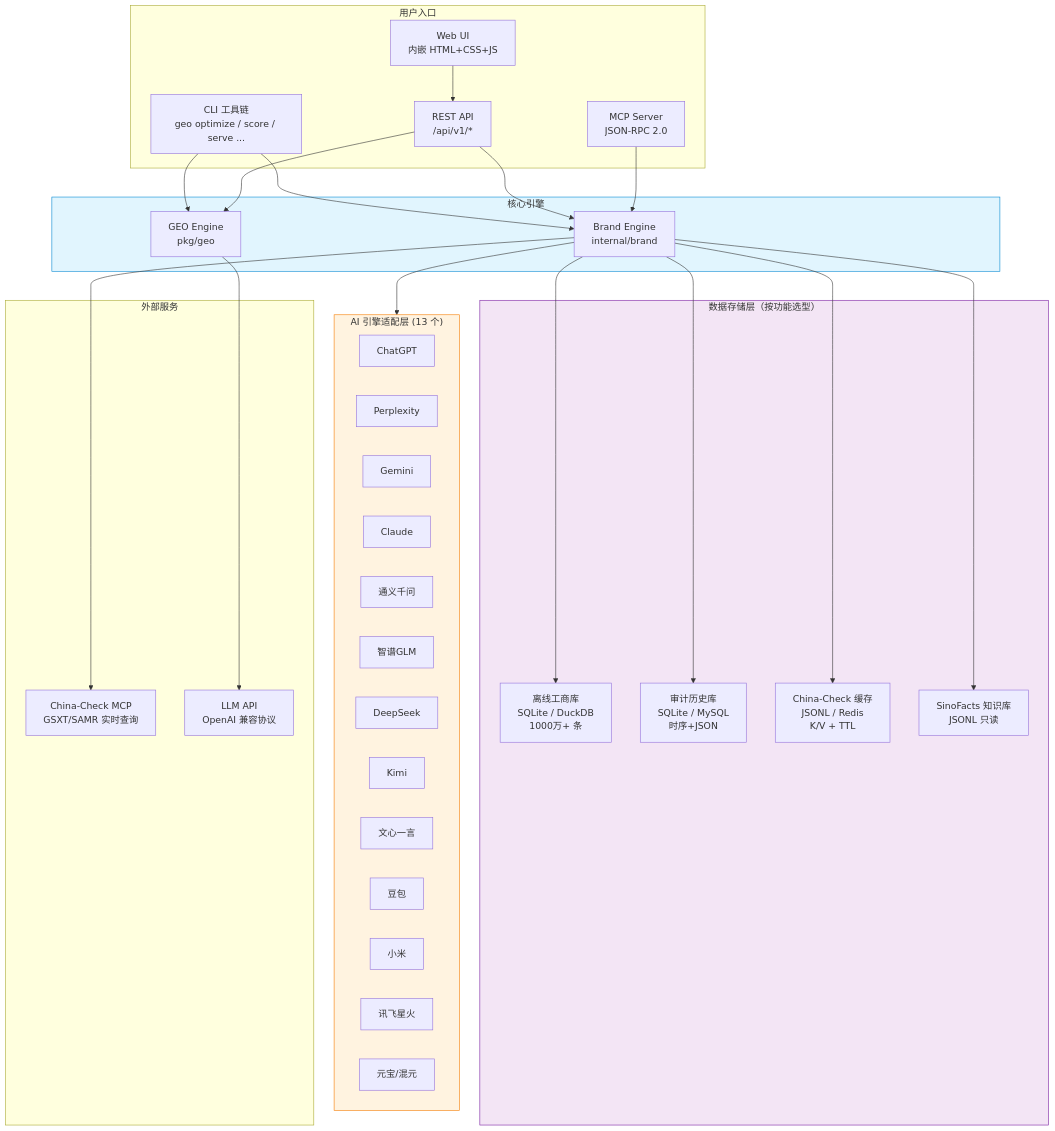
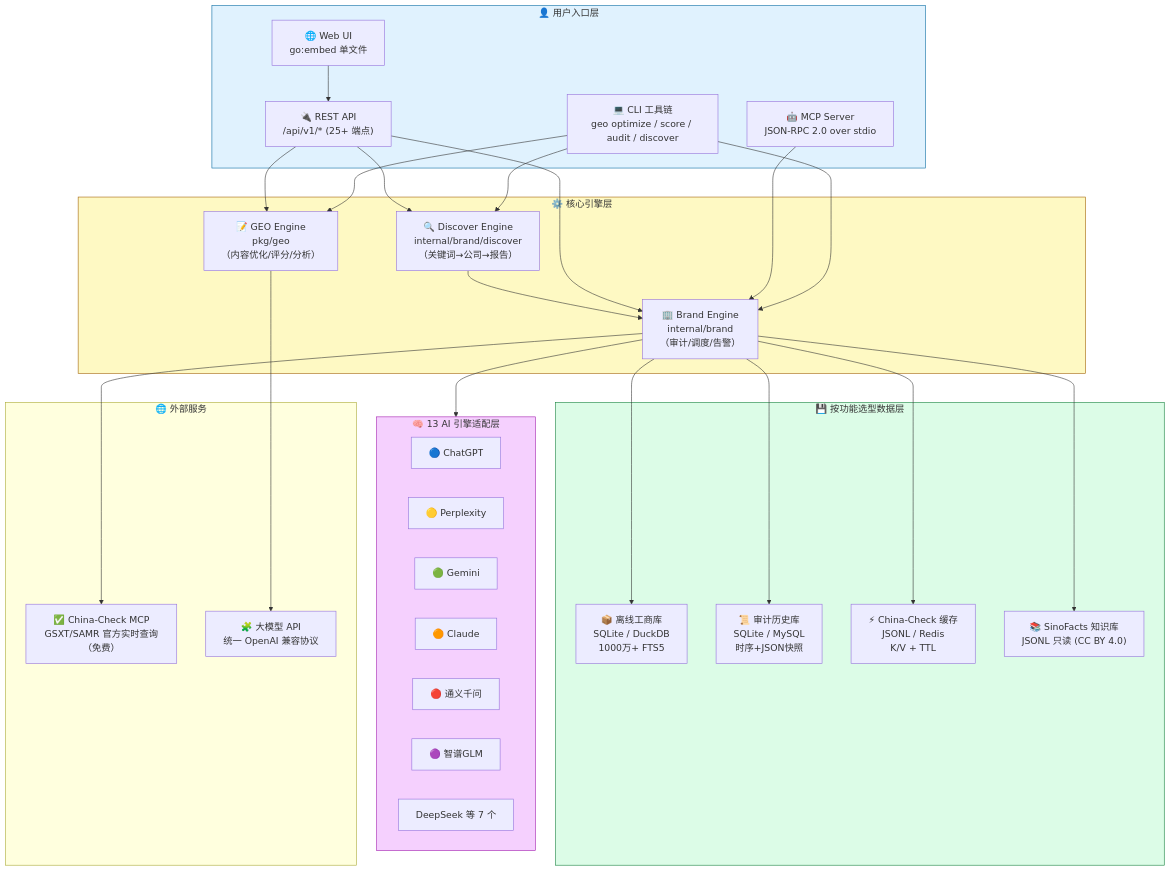
Before and after one commit to deep2code/geo: the second of 31 diagrams in docs/architecture.md, drawn with Mermaid. The commit also changed other lines of this file and 3 other files, not shown here.

First line of the commit message:
docs: 全面美化文档，大量采用 Mermaid 图表

````diff
--- a/docs/architecture.md
+++ b/docs/architecture.md
@@ -5,56 +53,53 @@
 ```mermaid
 graph TB
-    subgraph 用户入口["用户入口"]
-        CLI["CLI 工具链<br/>geo optimize / score / serve ..."]
-        WEB["Web UI<br/>内嵌 HTML+CSS+JS"]
-        API["REST API<br/>/api/v1/*"]
-        MCP["MCP Server<br/>JSON-RPC 2.0"]
+    subgraph 用户入口["👤 用户入口层"]
+        CLI["💻 CLI 工具链<br/>geo optimize / score / audit / discover"]
+        WEB["🌐 Web UI<br/>go:embed 单文件"]
+        API["🔌 REST API<br/>/api/v1/* (25+ 端点)"]
+        MCP["🤖 MCP Server<br/>JSON-RPC 2.0 over stdio"]
     end
 
-    subgraph 核心引擎["核心引擎"]
-        GEO["GEO Engine<br/>pkg/geo"]
-        BRAND["Brand Engine<br/>internal/brand"]
+    subgraph 核心引擎["⚙️ 核心引擎层"]
+        GEO["📝 GEO Engine<br/>pkg/geo<br/>（内容优化/评分/分析）"]
+        BRAND["🏢 Brand Engine<br/>internal/brand<br/>（审计/调度/告警）"]
+        DISCOVER["🔍 Discover Engine<br/>internal/brand/discover<br/>（关键词→公司→报告）"]
     end
 
-    subgraph AI引擎适配["AI 引擎适配层 (13 个)"]
-        GPT["ChatGPT"]
-        PPX["Perplexity"]
-        GEM["Gemini"]
-        CLD["Claude"]
-        QWN["通义千问"]
-        GLM["智谱GLM"]
-        DSP["DeepSeek"]
-        KMI["Kimi"]
-        WEN["文心一言"]
-        DBB["豆包"]
-        XMI["小米"]
-        XUF["讯飞星火"]
-        YNB["元宝/混元"]
+    subgraph AI引擎适配["🧠 13 AI 引擎适配层"]
+        GPT["🔵 ChatGPT"]
+        PPX["🟡 Perplexity"]
+        GEM["🟢 Gemini"]
+        CLD["🟠 Claude"]
+        QWN["🔴 通义千问"]
+        GLM["🟣 智谱GLM"]
+        DSP["DeepSeek 等 7 个"]
     end
 
-    subgraph 数据存储["数据存储层（按功能选型）"]
-        OFFDB["离线工商库<br/>SQLite / DuckDB<br/>1000万+ 条"]
-        HISDB["审计历史库<br/>SQLite / MySQL<br/>时序+JSON"]
-        CACHE["China-Check 缓存<br/>JSONL / Redis<br/>K/V + TTL"]
-        KB["SinoFacts 知识库<br/>JSONL 只读"]
+    subgraph 数据存储["💾 按功能选型数据层"]
+        OFFDB["📦 离线工商库<br/>SQLite / DuckDB<br/>1000万+ FTS5"]
+        HISDB["📜 审计历史库<br/>SQLite / MySQL<br/>时序+JSON快照"]
+        CACHE["⚡ China-Check 缓存<br/>JSONL / Redis<br/>K/V + TTL"]
+        KB["📚 SinoFacts 知识库<br/>JSONL 只读 (CC BY 4.0)"]
     end
 
-    subgraph 外部服务["外部服务"]
-        CC["China-Check MCP<br/>GSXT/SAMR 实时查询"]
-        LLM["LLM API<br/>OpenAI 兼容协议"]
+    subgraph 外部服务["🌐 外部服务"]
+        CC["✅ China-Check MCP<br/>GSXT/SAMR 官方实时查询（免费）"]
+        LLM["🧩 大模型 API<br/>统一 OpenAI 兼容协议"]
     end
 
-    CLI --> GEO & BRAND
+    CLI --> GEO & BRAND & DISCOVER
     WEB --> API
-    API --> GEO & BRAND
     MCP --> BRAND
+    API --> GEO & BRAND & DISCOVER
 
     GEO --> LLM
+    DISCOVER --> BRAND
     BRAND --> AI引擎适配
     BRAND --> OFFDB & HISDB & CACHE & KB
     BRAND --> CC
 
-    style 核心引擎 fill:#e1f5fe,stroke:#0288d1
-    style 数据存储 fill:#f3e5f5,stroke:#7b1fa2
-    style AI引擎适配 fill:#fff3e0,stroke:#f57c00
+    style 用户入口 fill:#e0f2fe,stroke:#0369a1
+    style 核心引擎 fill:#fef9c3,stroke:#a16207
+    style 数据存储 fill:#dcfce7,stroke:#15803d
+    style AI引擎适配 fill:#f5d0fe,stroke:#a21caf
 ```
````
